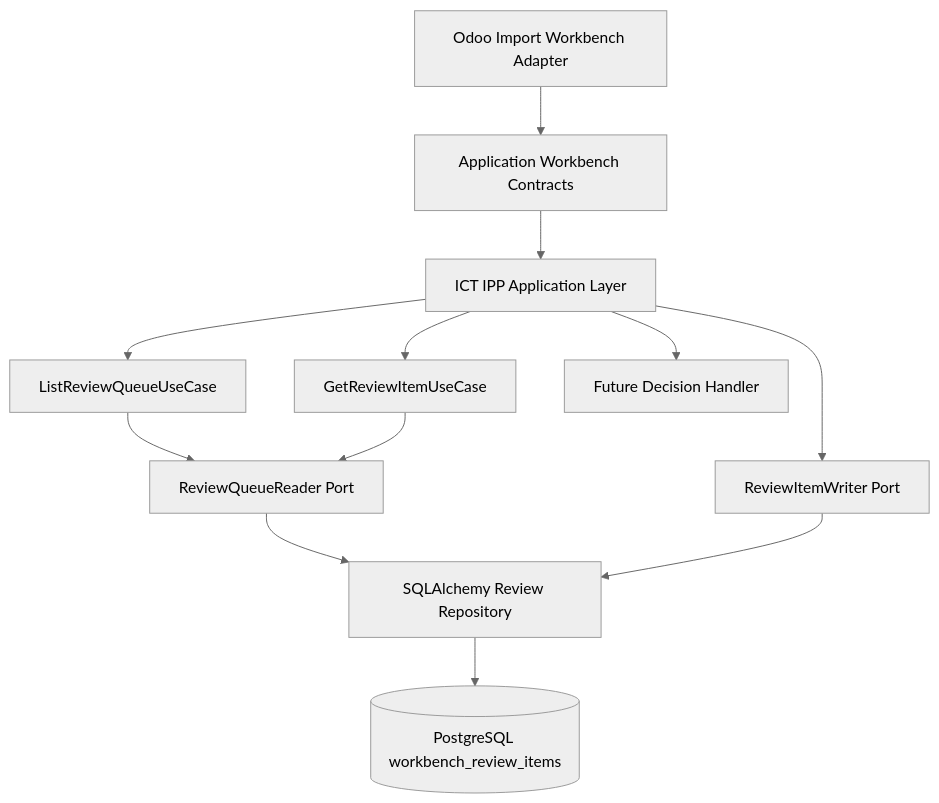
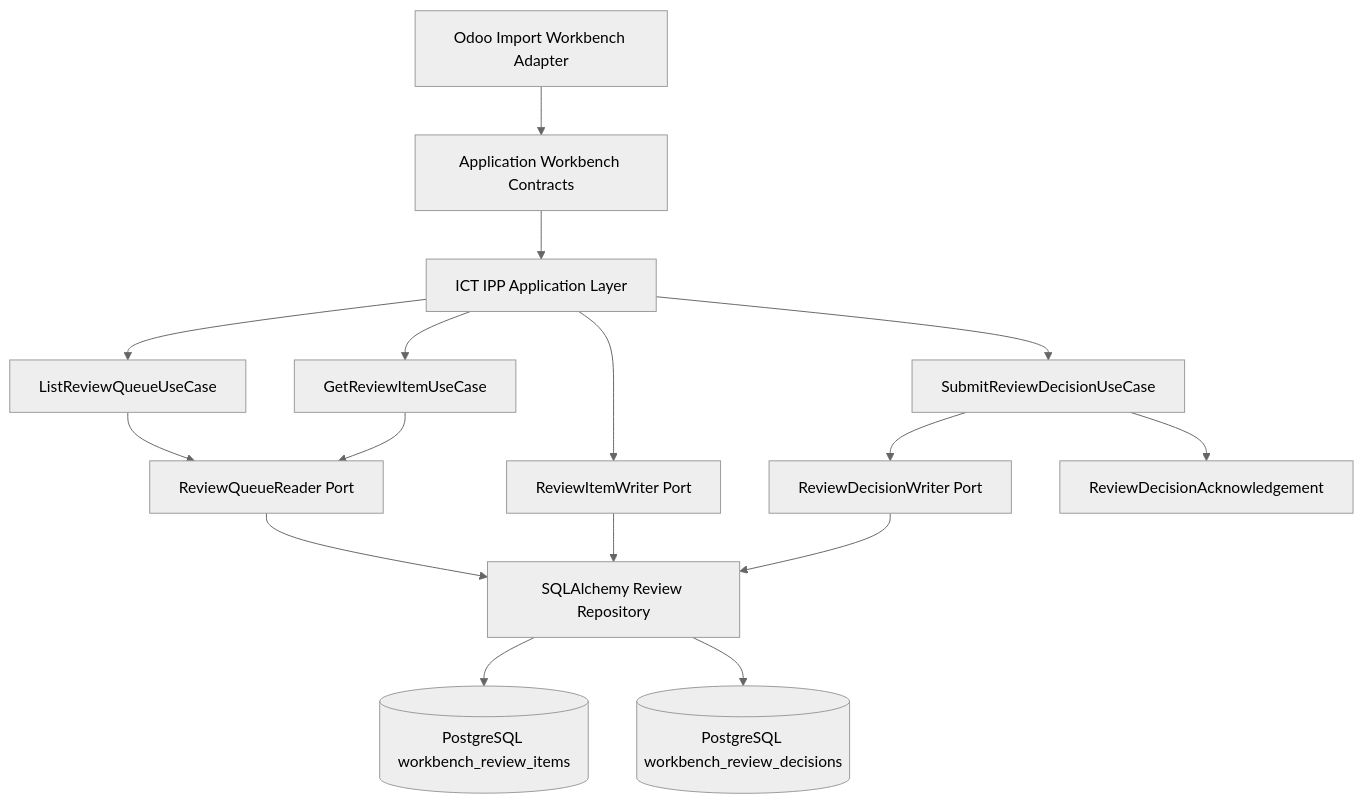
One commit to odurmazoglu/ict-integration-hub changed the fifth of 7 diagrams in docs/APPLICATION_LAYER.md. Above: the diagram before and after it, drawn with Mermaid (neutral theme). The commit also changed other lines of this file and 19 other files, not shown here.

Commit message:
feat: persist workbench review decisions

````diff
--- a/docs/APPLICATION_LAYER.md
+++ b/docs/APPLICATION_LAYER.md
@@ -331,25 +341,32 @@
 ```mermaid
 flowchart TB
     Workbench[Odoo Import Workbench Adapter]
     Contracts[Application Workbench Contracts]
     Hub[ICT IPP Application Layer]
     Reader[ReviewQueueReader Port]
     ListUseCase[ListReviewQueueUseCase]
     GetUseCase[GetReviewItemUseCase]
     Writer[ReviewItemWriter Port]
+    DecisionUseCase[SubmitReviewDecisionUseCase]
+    DecisionWriter[ReviewDecisionWriter Port]
     Repository[SQLAlchemy Review Repository]
-    Database[(PostgreSQL workbench_review_items)]
-    FutureHandler[Future Decision Handler]
+    ReviewItems[(PostgreSQL workbench_review_items)]
+    Decisions[(PostgreSQL workbench_review_decisions)]
+    Ack[ReviewDecisionAcknowledgement]
 
     Workbench --> Contracts
     Contracts --> Hub
     Hub --> ListUseCase
     Hub --> GetUseCase
+    Hub --> DecisionUseCase
     ListUseCase --> Reader
     GetUseCase --> Reader
     Hub --> Writer
+    DecisionUseCase --> DecisionWriter
     Reader --> Repository
     Writer --> Repository
-    Repository --> Database
-    Hub --> FutureHandler
+    DecisionWriter --> Repository
+    Repository --> ReviewItems
+    Repository --> Decisions
+    DecisionUseCase --> Ack
 ```
````
